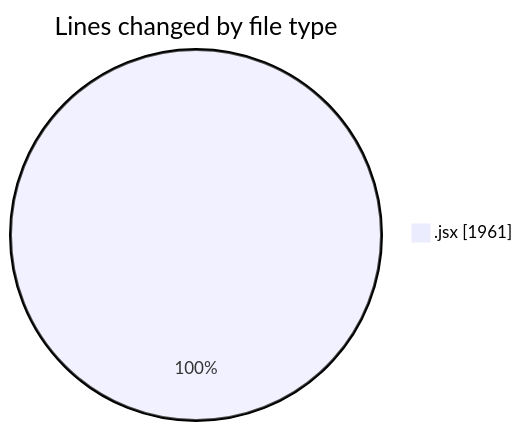
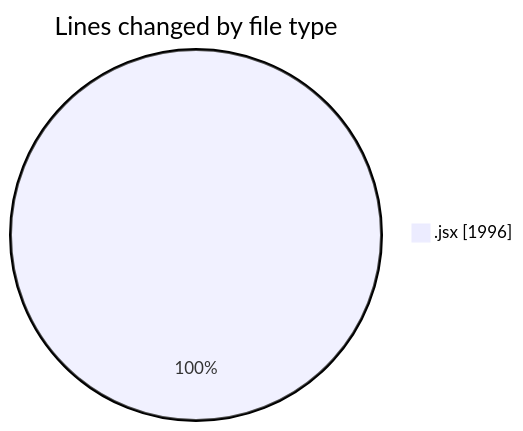
The first of 2 diagrams in 2025-10-14/nxtqube_webapp/README.md (nxtqubesakshisongat/code-tracking), drawn with Mermaid before and after one commit. The commit also changed other lines of this file and 1 other file, not shown here.

````diff
--- a/2025-10-14/nxtqube_webapp/README.md
+++ b/2025-10-14/nxtqube_webapp/README.md
@@ -21,5 +21,5 @@
 ```mermaid
 pie showData
 title Lines changed by file type
-".jsx" : 1961
+".jsx" : 1996
 ```
````
